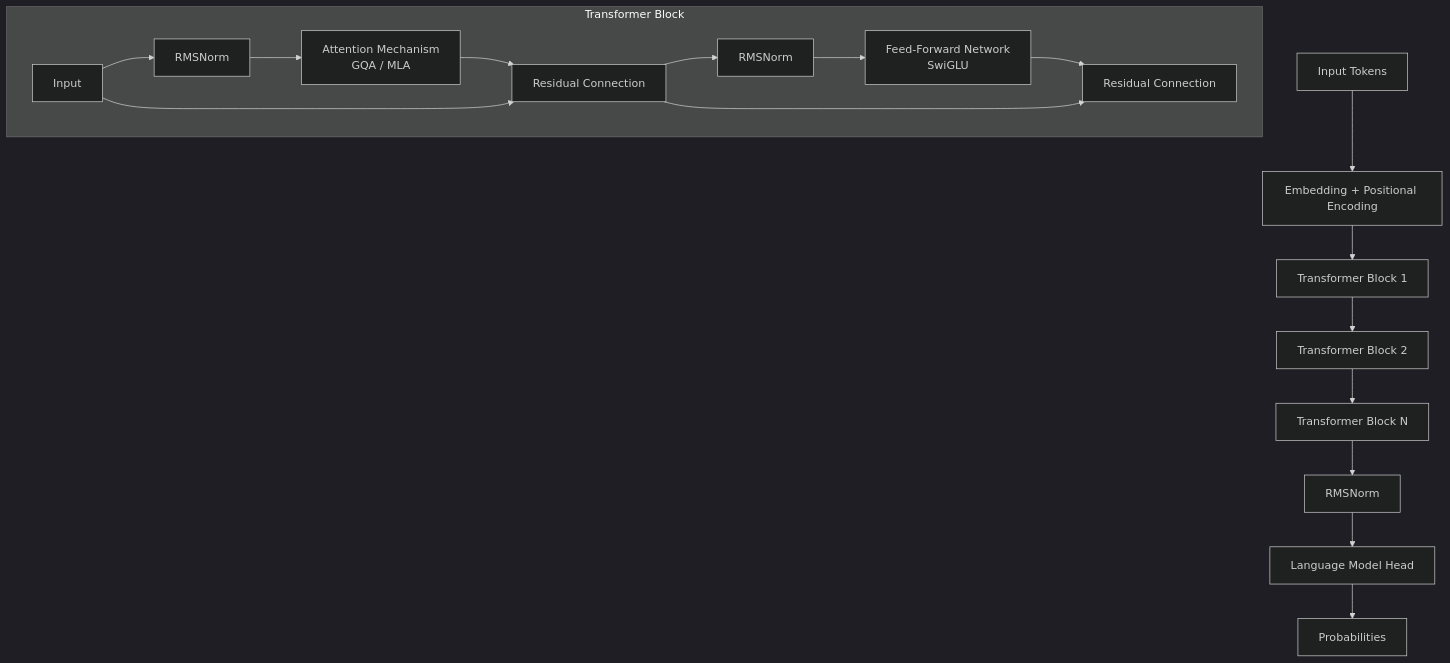
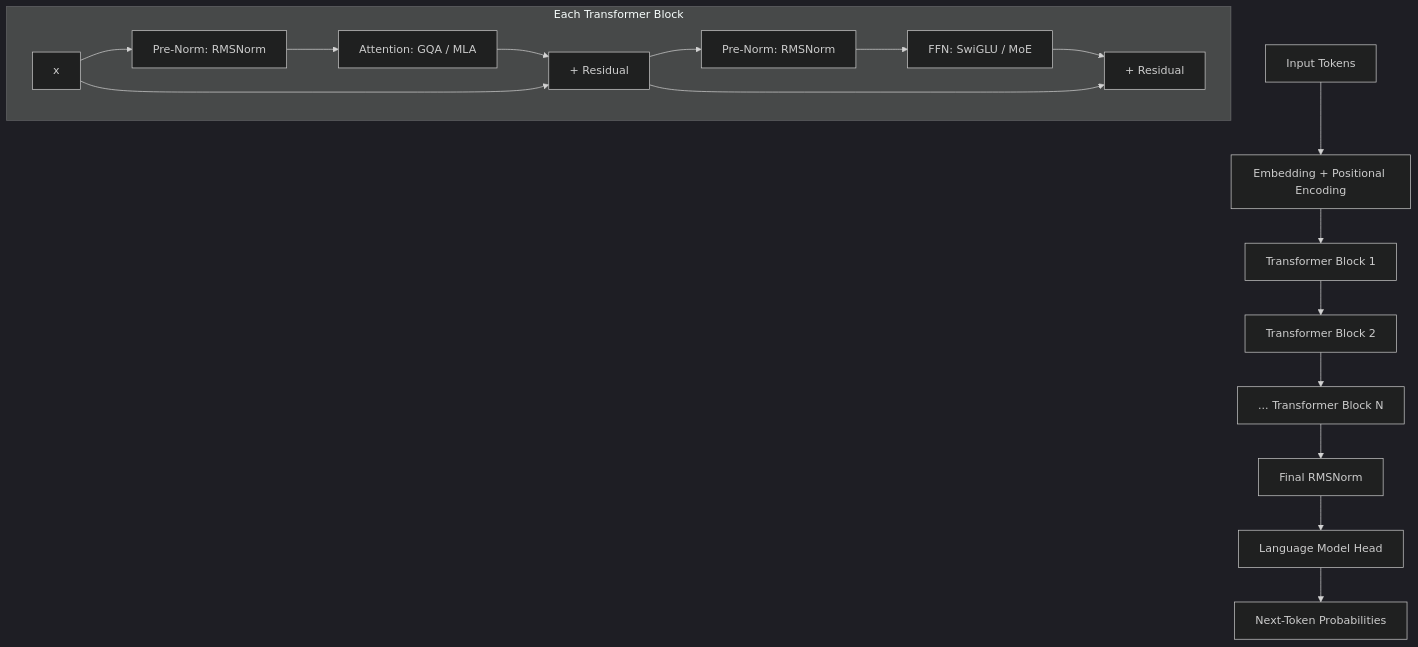
Before and after one commit to adiel2012/gpt-model-training: the first of 3 diagrams in md_book/ch02_architecture.md, drawn with Mermaid (dark theme). The commit also changed other lines of this file and 1 other file, not shown here.

````diff
--- a/md_book/ch02_architecture.md
+++ b/md_book/ch02_architecture.md
@@ -12,21 +16,21 @@
 ```mermaid
 graph TD
     Input[Input Tokens] --> Embed[Embedding + Positional Encoding]
     Embed --> Block1[Transformer Block 1]
     Block1 --> Block2[Transformer Block 2]
-    Block2 --> BlockN[Transformer Block N]
-    BlockN --> Norm[RMSNorm]
+    Block2 --> BlockN[... Transformer Block N]
+    BlockN --> Norm[Final RMSNorm]
     Norm --> Head[Language Model Head]
-    Head --> Output[Probabilities]
+    Head --> Output[Next-Token Probabilities]
 
-    subgraph "Transformer Block"
-        B_Input[Input] --> B_Norm1[RMSNorm]
-        B_Norm1 --> B_Attn[Attention Mechanism \n GQA / MLA]
-        B_Attn --> B_Add1[Residual Connection]
+    subgraph "Each Transformer Block"
+        B_Input[x] --> B_Norm1[Pre-Norm: RMSNorm]
+        B_Norm1 --> B_Attn["Attention: GQA / MLA"]
+        B_Attn --> B_Add1[+ Residual]
         B_Input --> B_Add1
-        B_Add1 --> B_Norm2[RMSNorm]
-        B_Norm2 --> B_FFN[Feed-Forward Network \n SwiGLU]
-        B_FFN --> B_Add2[Residual Connection]
+        B_Add1 --> B_Norm2[Pre-Norm: RMSNorm]
+        B_Norm2 --> B_FFN["FFN: SwiGLU / MoE"]
+        B_FFN --> B_Add2[+ Residual]
         B_Add1 --> B_Add2
     end
 ```
````
